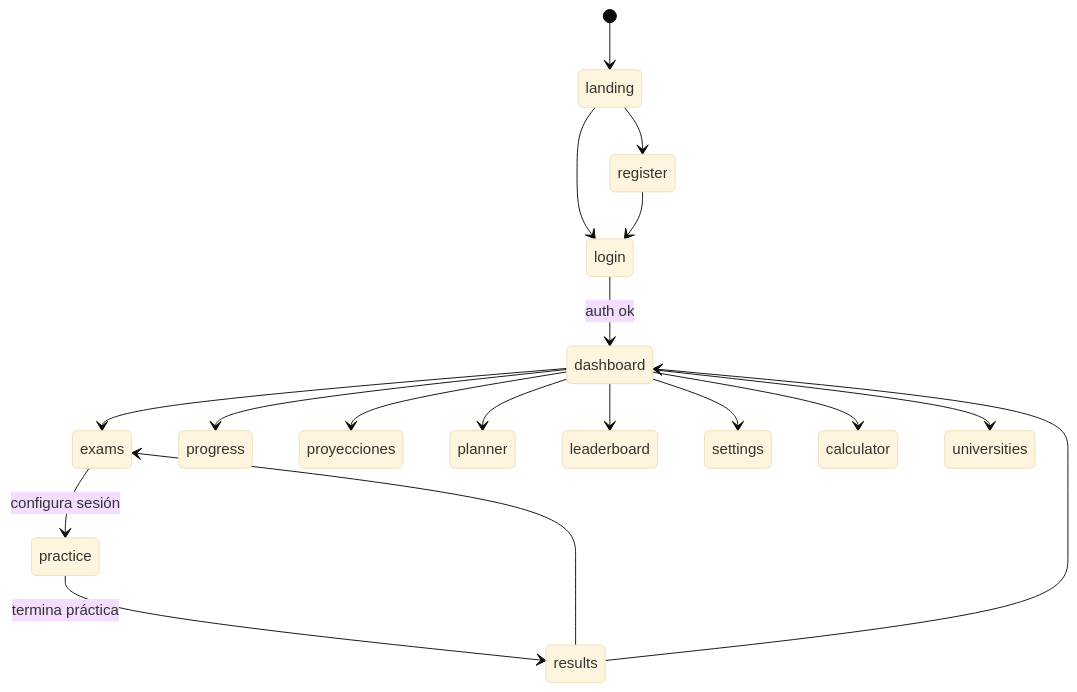
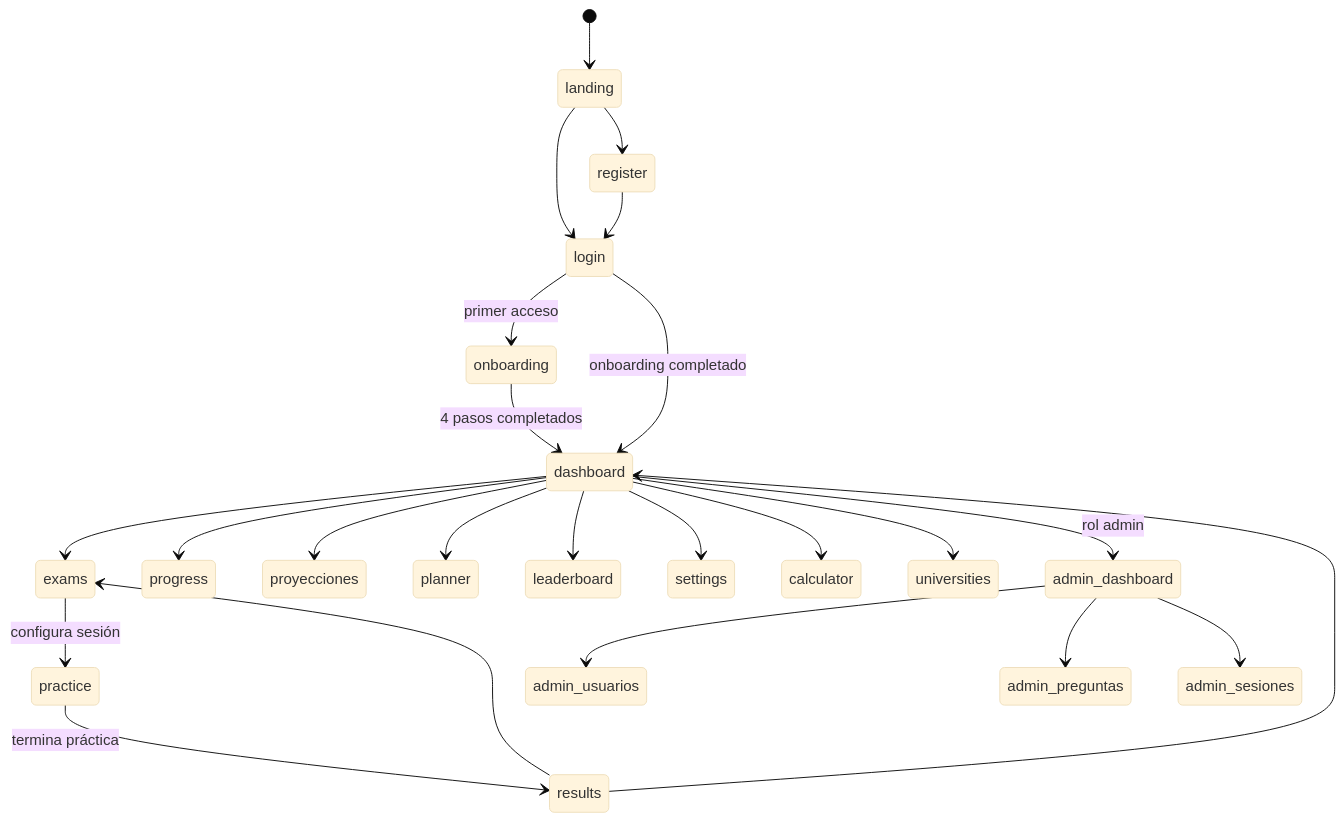
One commit to rmendomi/paesappcodex changed the second of 6 diagrams in docs/diagramas-arquitectura.md. Above: the diagram before and after it, drawn with Mermaid (base theme). The commit also changed other lines of this file and 8 other files, not shown here.

````diff
--- a/docs/diagramas-arquitectura.md
+++ b/docs/diagramas-arquitectura.md
@@ -46,20 +48,26 @@
 ```mermaid
 stateDiagram-v2
     [*] --> landing
     landing --> login
     landing --> register
-    login --> dashboard : auth ok
+    login --> onboarding : primer acceso
+    login --> dashboard : onboarding completado
     register --> login
+    onboarding --> dashboard : 4 pasos completados
     dashboard --> exams
     dashboard --> progress
     dashboard --> proyecciones
     dashboard --> planner
     dashboard --> leaderboard
     dashboard --> settings
     dashboard --> calculator
     dashboard --> universities
+    dashboard --> admin_dashboard : rol admin
     exams --> practice : configura sesión
     practice --> results : termina práctica
     results --> exams
     results --> dashboard
+    admin_dashboard --> admin_usuarios
+    admin_dashboard --> admin_preguntas
+    admin_dashboard --> admin_sesiones
 ```
````
